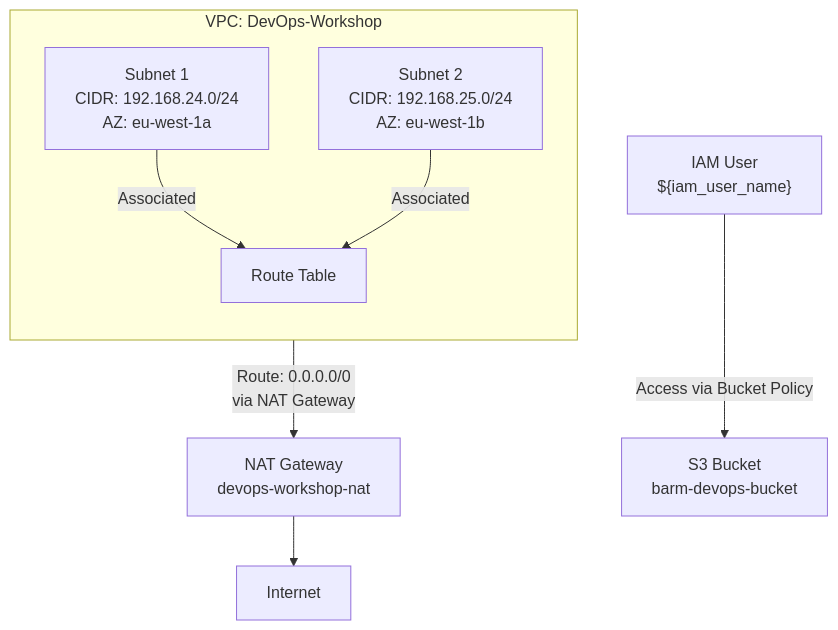
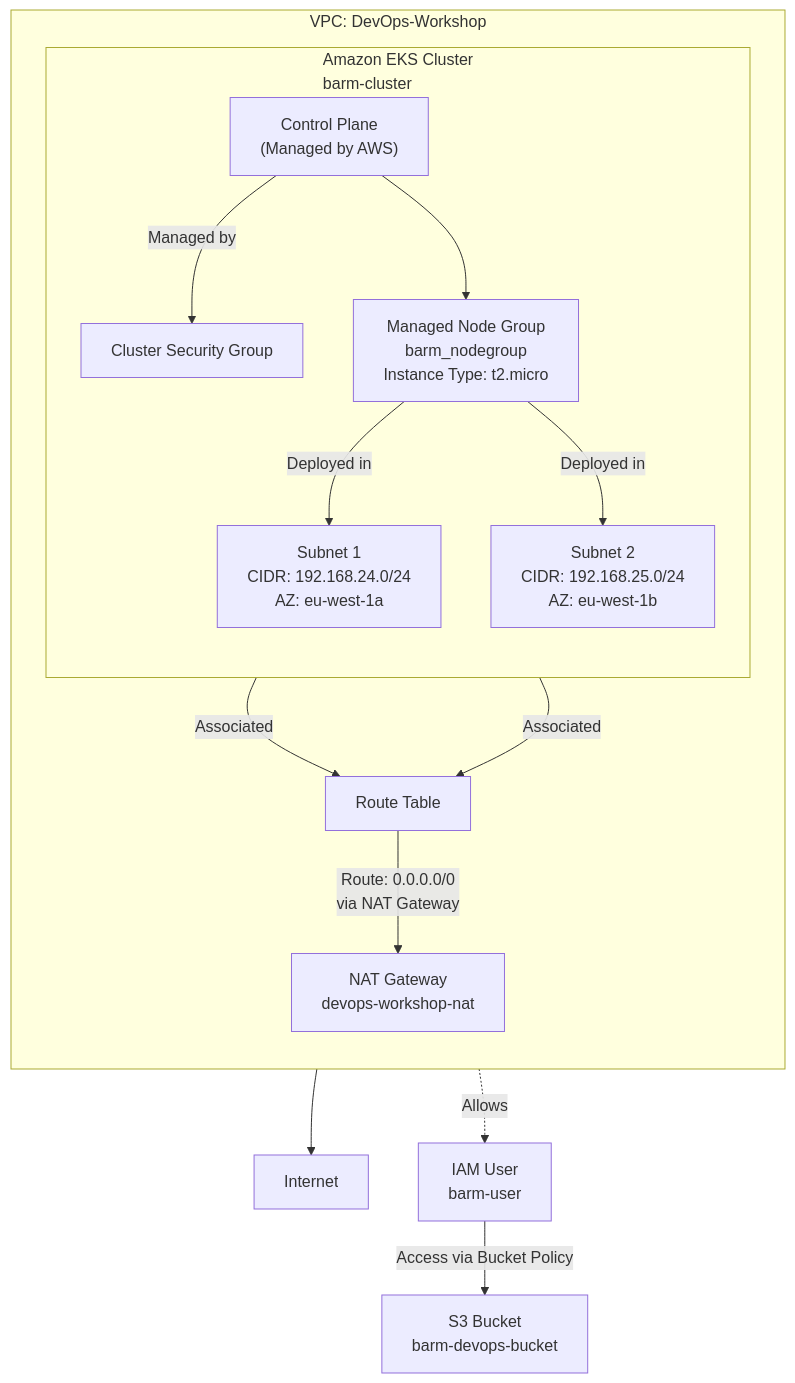
One commit to barmoshe/Wix-devops-workshop-final-project changed the diagram in README.md. Above: the diagram before and after it, drawn with Mermaid. The commit also changed other lines of this file and 1 other file, not shown here.

````diff
--- a/README.md
+++ b/README.md
@@ -7,18 +7,36 @@
 ```mermaid
-graph TB
-  subgraph VPC["VPC: DevOps-Workshop"]
-    direction TB
-    Subnet1["Subnet 1<br>CIDR: 192.168.24.0/24<br>AZ: eu-west-1a"]
-    Subnet2["Subnet 2<br>CIDR: 192.168.25.0/24<br>AZ: eu-west-1b"]
-    RouteTable["Route Table"]
-    Subnet1 -->|Associated| RouteTable
-    Subnet2 -->|Associated| RouteTable
-    end
-    NATGateway["NAT Gateway<br>devops-workshop-nat"]
-    RouteTable -->|Route: 0.0.0.0/0<br>via NAT Gateway| NATGateway
-    Internet["Internet"]
-    NATGateway --> Internet
-    S3Bucket["S3 Bucket<br>barm-devops-bucket"]
-    IAMUser["IAM User<br>${iam_user_name}"]
-    IAMUser -->|Access via Bucket Policy| S3Bucket
+ graph TB
+                 %% Define the VPC
+                 subgraph VPC["VPC: DevOps-Workshop"]
+                   direction TB
+                   Subnet1["Subnet 1<br>CIDR: 192.168.24.0/24<br>AZ: eu-west-1a"]
+                   Subnet2["Subnet 2<br>CIDR: 192.168.25.0/24<br>AZ: eu-west-1b"]
+                   RouteTable["Route Table"]
+                   RouteTable -->|Route: 0.0.0.0/0<br>via NAT Gateway| NATGateway
+                   Subnet1 -->|Associated| RouteTable
+                   Subnet2 -->|Associated| RouteTable
+           
+                   %% Define the EKS Cluster
+                   subgraph EKS["Amazon EKS Cluster<br>barm-cluster"]
+                     direction TB
+                     ClusterControlPlane["Control Plane<br>(Managed by AWS)"]
+                     NodeGroup["Managed Node Group<br>barm_nodegroup<br>Instance Type: t2.micro"]
+                     ClusterSecurityGroup["Cluster Security Group"]
+                     ClusterControlPlane -->|Managed by| ClusterSecurityGroup
+                     ClusterControlPlane --> NodeGroup
+                     NodeGroup -->|Deployed in| Subnet1
+                     NodeGroup -->|Deployed in| Subnet2
+                   end
+                 end
+           
+                 %% Define External Resources
+                 NATGateway["NAT Gateway<br>devops-workshop-nat"]
+                 Internet["Internet"]
+                 NATGateway --> Internet
+                 S3Bucket["S3 Bucket<br>barm-devops-bucket"]
+                 IAMUser["IAM User<br>barm-user"]
+                 IAMUser -->|Access via Bucket Policy| S3Bucket
+           
+                 %% Security and Access
+                 ClusterSecurityGroup -.->|Allows| IAMUser
 ```
````
